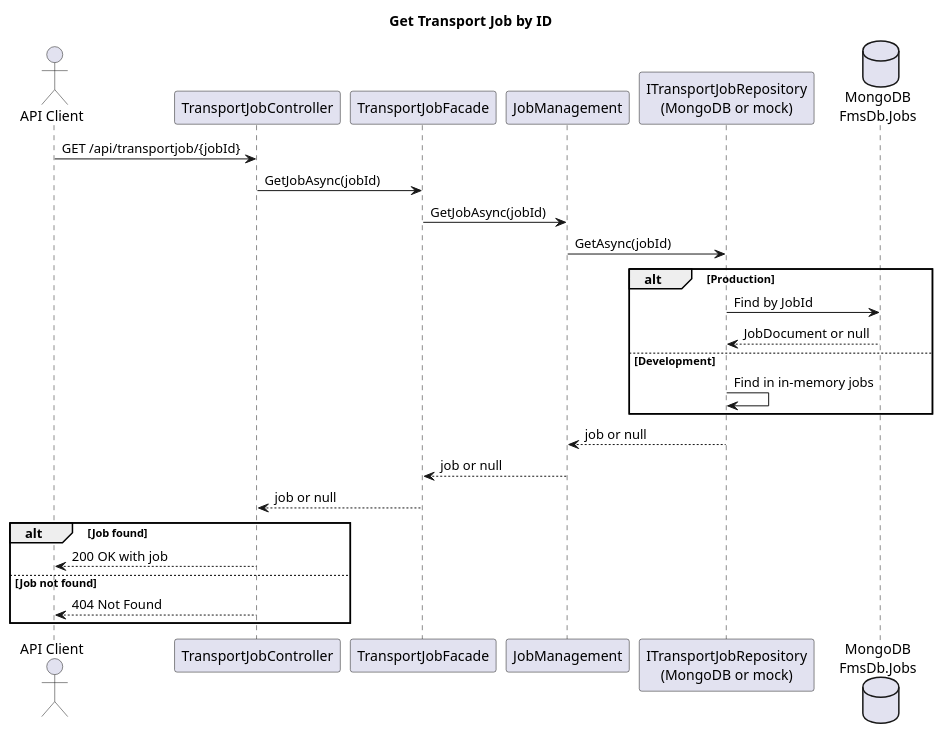
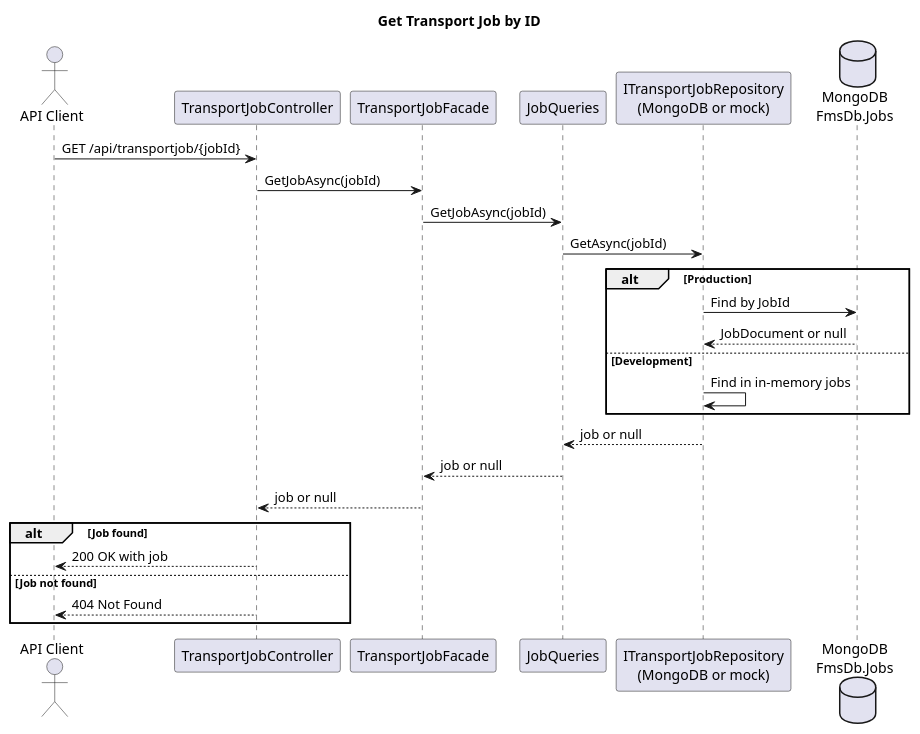
Before and after one commit to doradora58/FMS: the diagram in docs/design/use-cases/get-transport-job/sequence.puml, drawn with PlantUML. The commit also changed 41 other files, not shown here.

```diff
--- a/docs/design/use-cases/get-transport-job/sequence.puml
+++ b/docs/design/use-cases/get-transport-job/sequence.puml
@@ -1,29 +1,29 @@
 @startuml FMS_Get_Transport_Job
 title Get Transport Job by ID
 
 actor "API Client" as Client
 participant "TransportJobController" as Controller
 participant "TransportJobFacade" as Facade
-participant "JobManagement" as Management
+participant "JobQueries" as Queries
 participant "ITransportJobRepository\n(MongoDB or mock)" as Repository
 database "MongoDB\nFmsDb.Jobs" as Mongo
 
 Client -> Controller : GET /api/transportjob/{jobId}
 Controller -> Facade : GetJobAsync(jobId)
-Facade -> Management : GetJobAsync(jobId)
-Management -> Repository : GetAsync(jobId)
+Facade -> Queries : GetJobAsync(jobId)
+Queries -> Repository : GetAsync(jobId)
 alt Production
   Repository -> Mongo : Find by JobId
   Mongo --> Repository : JobDocument or null
 else Development
   Repository -> Repository : Find in in-memory jobs
 end
-Repository --> Management : job or null
-Management --> Facade : job or null
+Repository --> Queries : job or null
+Queries --> Facade : job or null
 Facade --> Controller : job or null
 alt Job found
   Controller --> Client : 200 OK with job
 else Job not found
   Controller --> Client : 404 Not Found
 end
 @enduml
```
